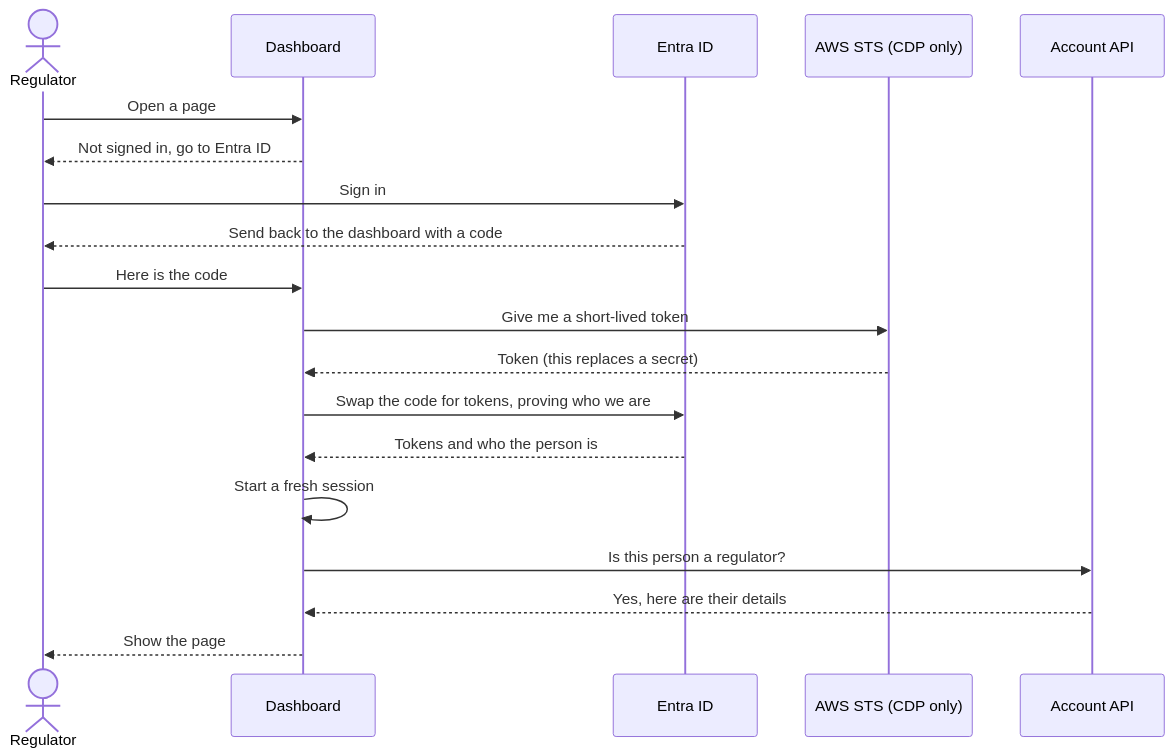
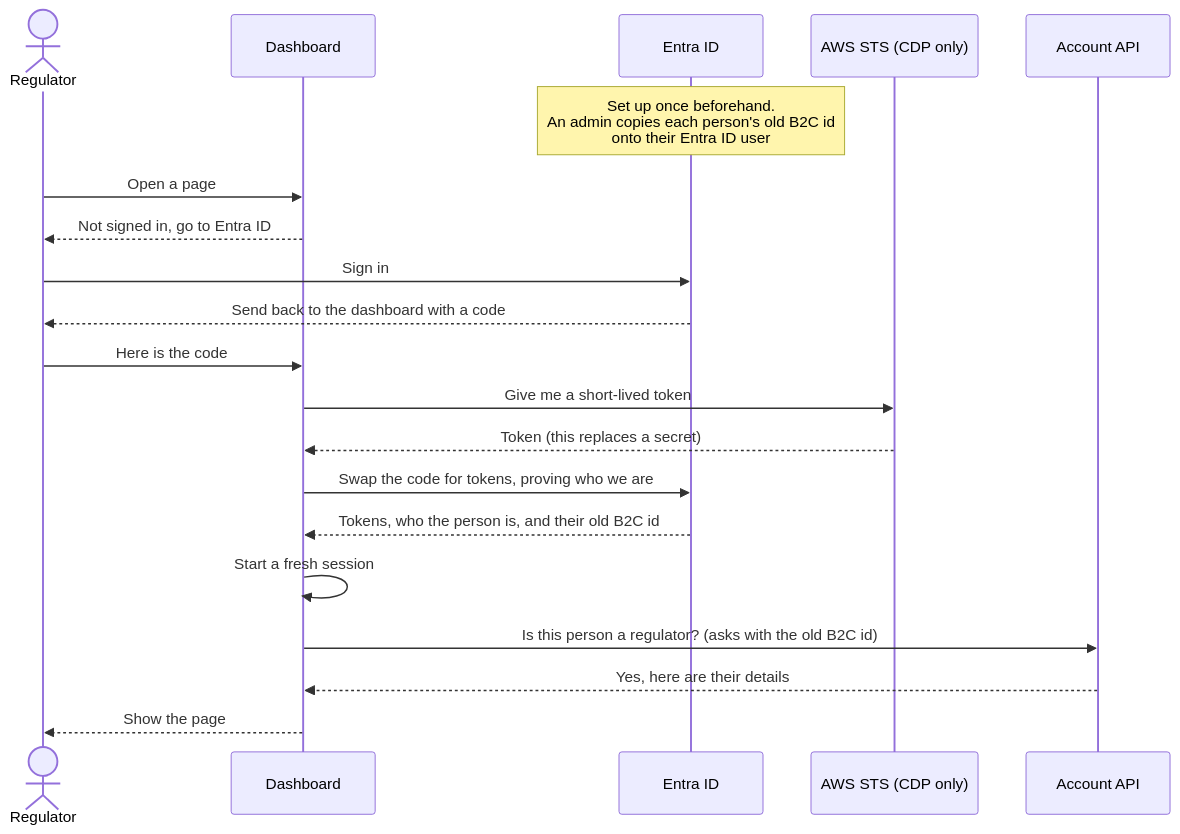
One commit to DEFRA/waste-regulator-dashboard-fe changed the diagram in docs/images/entra-sign-in.mmd. Above: the diagram before and after it, drawn with Mermaid. The commit also changed 2 other files, not shown here.

Commit message:
docs(ELSP-486): show the old B2C id step in the README and diagram
The diagram now shows the one-off copy of each person's B2C id onto their
Entra ID user and the id coming back in the token. The README lists the
three steps and says they are not done yet.

```diff
--- a/docs/images/entra-sign-in.mmd
+++ b/docs/images/entra-sign-in.mmd
@@ -1,20 +1,21 @@
 sequenceDiagram
     actor U as Regulator
     participant D as Dashboard
     participant E as Entra ID
     participant A as AWS STS (CDP only)
     participant API as Account API
 
+    Note over E: Set up once beforehand.<br/>An admin copies each person's old B2C id<br/>onto their Entra ID user
     U->>D: Open a page
     D-->>U: Not signed in, go to Entra ID
     U->>E: Sign in
     E-->>U: Send back to the dashboard with a code
     U->>D: Here is the code
     D->>A: Give me a short-lived token
     A-->>D: Token (this replaces a secret)
     D->>E: Swap the code for tokens, proving who we are
-    E-->>D: Tokens and who the person is
+    E-->>D: Tokens, who the person is, and their old B2C id
     D->>D: Start a fresh session
-    D->>API: Is this person a regulator?
+    D->>API: Is this person a regulator? (asks with the old B2C id)
     API-->>D: Yes, here are their details
     D-->>U: Show the page
```
